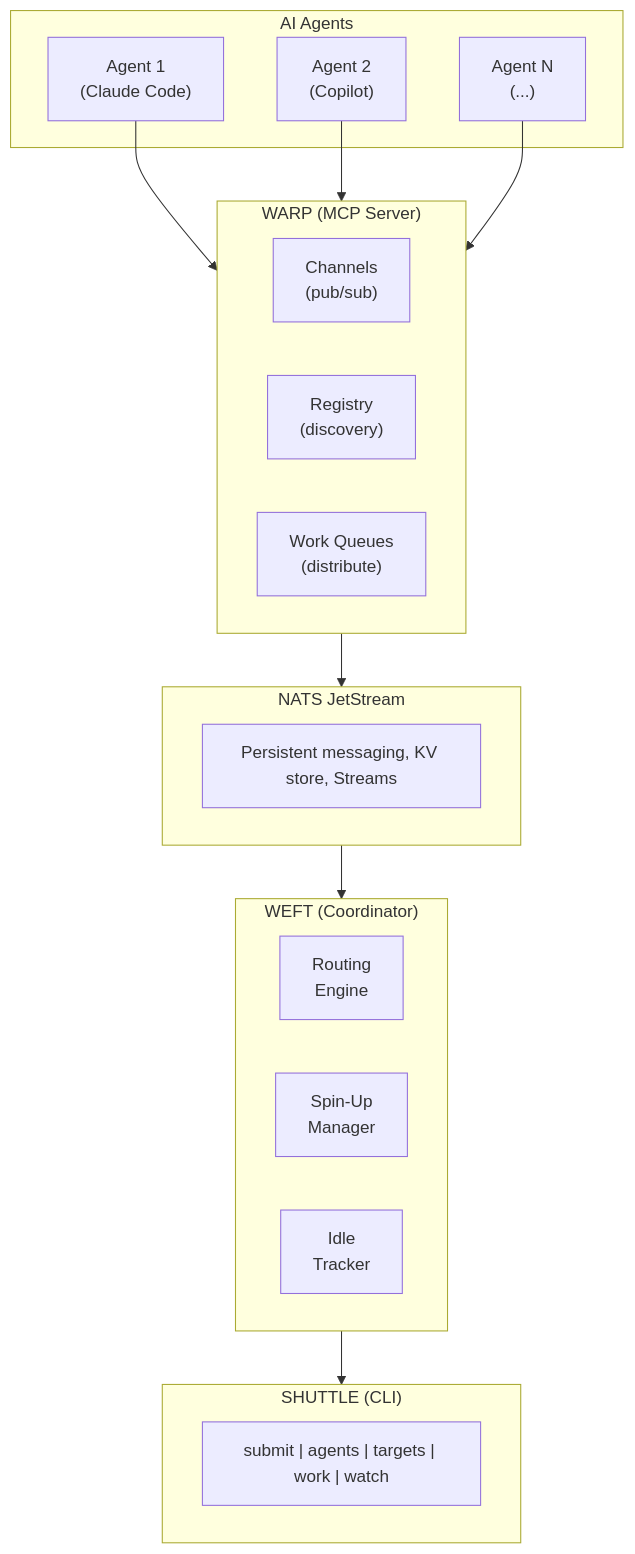
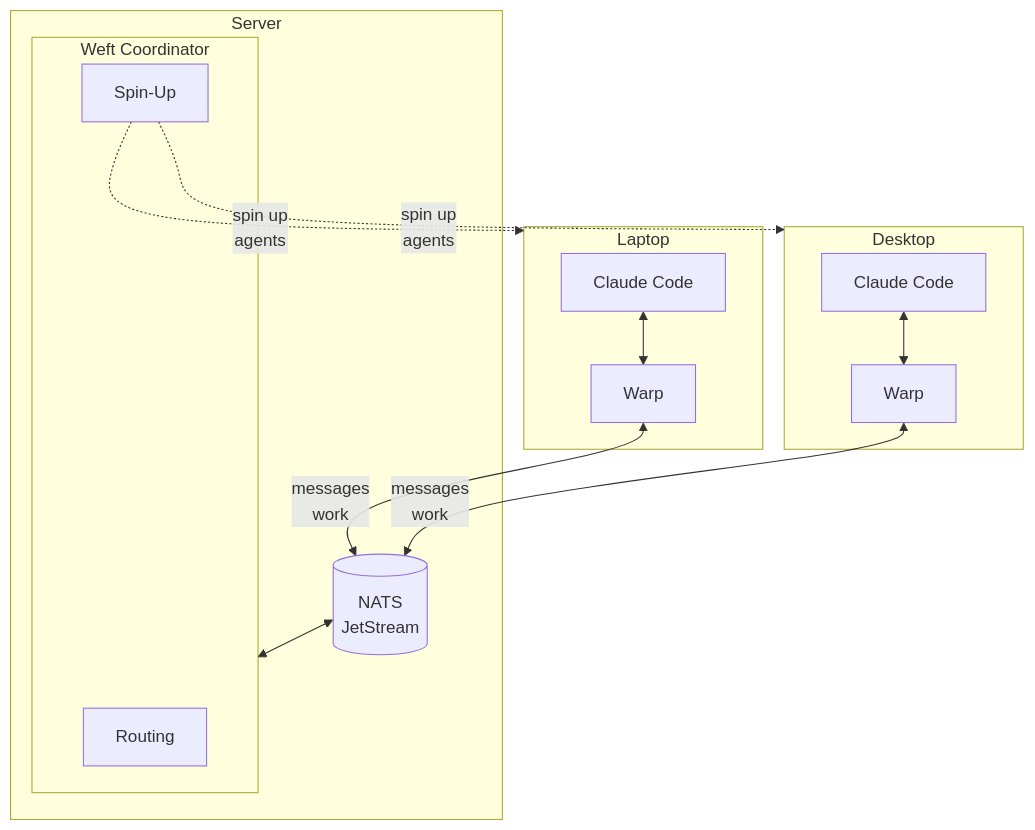
The first of 3 diagrams in README.md (mdlopresti/loom), drawn with Mermaid before and after one commit.

Commit message:
docs: Enhance architecture diagram with distributed view
Show physical distribution of components across machines:
- Laptop and Desktop running Claude Code + Warp
- Server hosting NATS JetStream and Weft Coordinator
- Bidirectional message/work flows
- Weft spin-up manager connecting to remote machines

````diff
--- a/README.md
+++ b/README.md
@@ -23,33 +23,28 @@
 ```mermaid
 flowchart TB
-    subgraph Agents["AI Agents"]
-        A1["Agent 1<br/>(Claude Code)"]
-        A2["Agent 2<br/>(Copilot)"]
-        AN["Agent N<br/>(...)"]
+    subgraph Laptop["Laptop"]
+        A1["Claude Code"]
+        W1["Warp"]
+        A1 <--> W1
     end
 
-    subgraph Warp["WARP (MCP Server)"]
-        CH["Channels<br/>(pub/sub)"]
-        REG["Registry<br/>(discovery)"]
-        WQ["Work Queues<br/>(distribute)"]
+    subgraph Desktop["Desktop"]
+        A2["Claude Code"]
+        W2["Warp"]
+        A2 <--> W2
     end
 
-    subgraph NATS["NATS JetStream"]
-        NS["Persistent messaging, KV store, Streams"]
+    subgraph Server["Server"]
+        NATS[("NATS<br/>JetStream")]
+        subgraph Weft["Weft Coordinator"]
+            RE["Routing"]
+            SM["Spin-Up"]
+        end
     end
 
-    subgraph Weft["WEFT (Coordinator)"]
-        RE["Routing<br/>Engine"]
-        SM["Spin-Up<br/>Manager"]
-        IT["Idle<br/>Tracker"]
-    end
-
-    subgraph Shuttle["SHUTTLE (CLI)"]
-        CLI["submit | agents | targets | work | watch"]
-    end
-
-    A1 & A2 & AN --> Warp
-    Warp --> NATS
-    NATS --> Weft
-    Weft --> Shuttle
+    W1 <-->|messages<br/>work| NATS
+    W2 <-->|messages<br/>work| NATS
+    NATS <--> Weft
+    SM -.->|spin up<br/>agents| Laptop
+    SM -.->|spin up<br/>agents| Desktop
 ```
````
